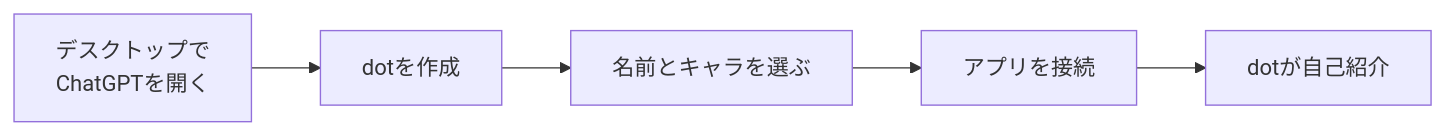
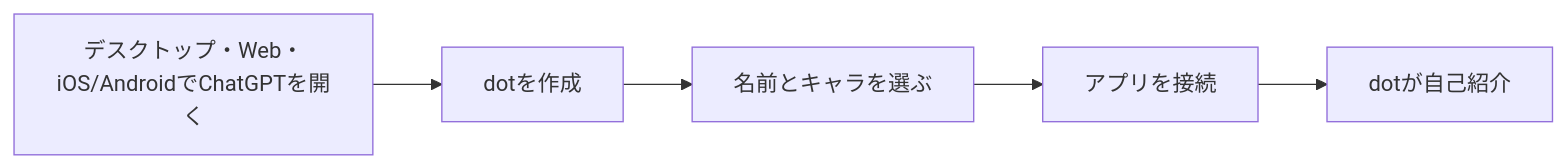
One commit to myoshi2891/Comparison-of-LLMs changed the sixth of 12 diagrams in Openai-dots-best-practices-guide.md. Above: the diagram before and after it, drawn with Mermaid. The commit also changed other lines of this file and 2 other files, not shown here.

````diff
--- a/Openai-dots-best-practices-guide.md
+++ b/Openai-dots-best-practices-guide.md
@@ -223,7 +223,7 @@
 ```mermaid
 flowchart LR
-  A["デスクトップで<br/>ChatGPTを開く"] --> B["dotを作成"]
+  A["デスクトップ・Web・<br/>iOS/AndroidでChatGPTを開く"] --> B["dotを作成"]
   B --> C["名前とキャラを選ぶ"]
   C --> D["アプリを接続"]
   D --> E["dotが自己紹介"]
 ```
````
